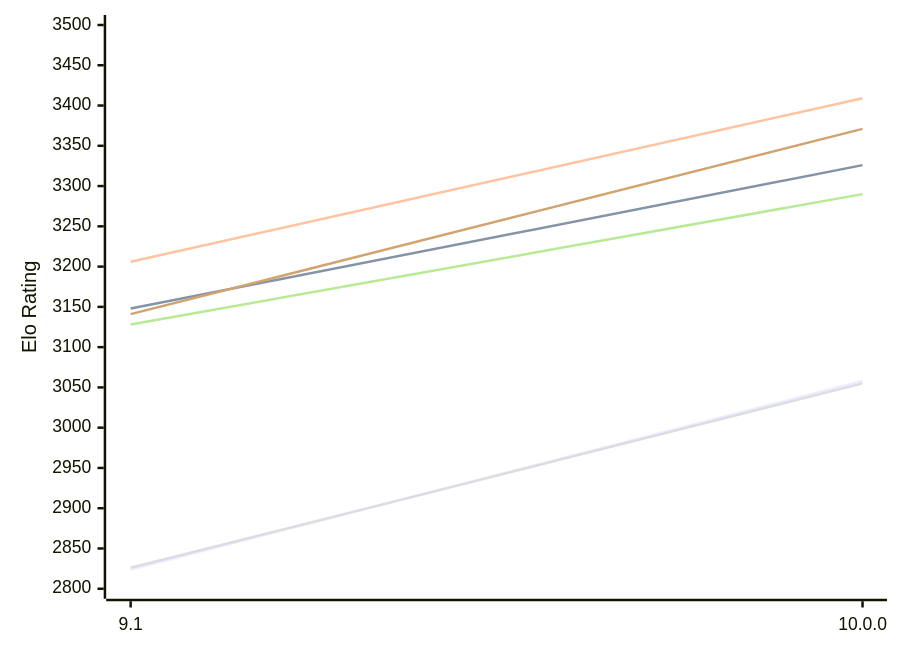
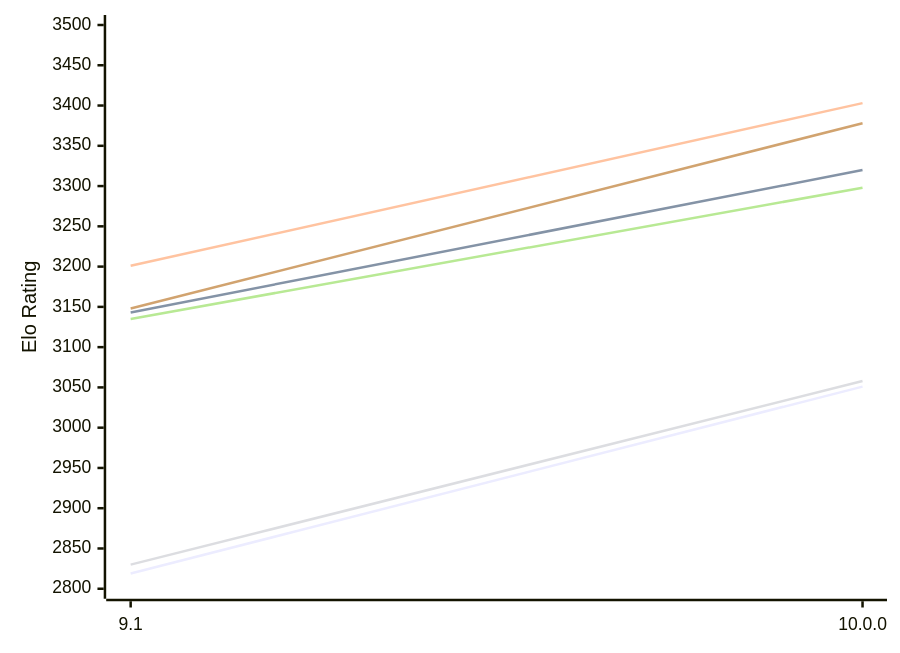
The first of 2 diagrams in engines/Pea.md (computer-chess-index/cci), drawn with Mermaid before and after one commit. The commit also changed other lines of this file, not shown here.

Commit message:
Update CCI Ratings (ELO VLTC) - 2026-11-18

````diff
--- a/engines/Pea.md
+++ b/engines/Pea.md
@@ -58,12 +58,12 @@
 ```mermaid
 %%{init: {"theme":"base","themeVariables":{"seriesColors:['#a3a3a3','#222221','#faa371']}}}%%
 xychart-beta
   x-axis ["9.1", "10.0.0"]
   y-axis "Elo Rating" 2800 --> 3500
-  line "E1: STC (8.0+0.08s)" [2824, 3058]
-  line "E1: LTC (60.0+0.60s)" [3148, 3326]
-  line "E1: VLTC (2m24s+1.12s)" [3206, 3409]
-  line "P1: STC (8.0+0.08s)" [2826, 3055]
-  line "P1: LTC (60.0+0.60s)" [3128, 3290]
-  line "P1: VLTC (2m24s+1.12s)" [3141, 3371]
+  line "E1: STC (8.0+0.08s)" [2819, 3051]
+  line "E1: LTC (60.0+0.60s)" [3143, 3320]
+  line "E1: VLTC (2m24s+1.12s)" [3201, 3403]
+  line "P1: STC (8.0+0.08s)" [2830, 3058]
+  line "P1: LTC (60.0+0.60s)" [3135, 3298]
+  line "P1: VLTC (2m24s+1.12s)" [3148, 3378]
 ```
````
